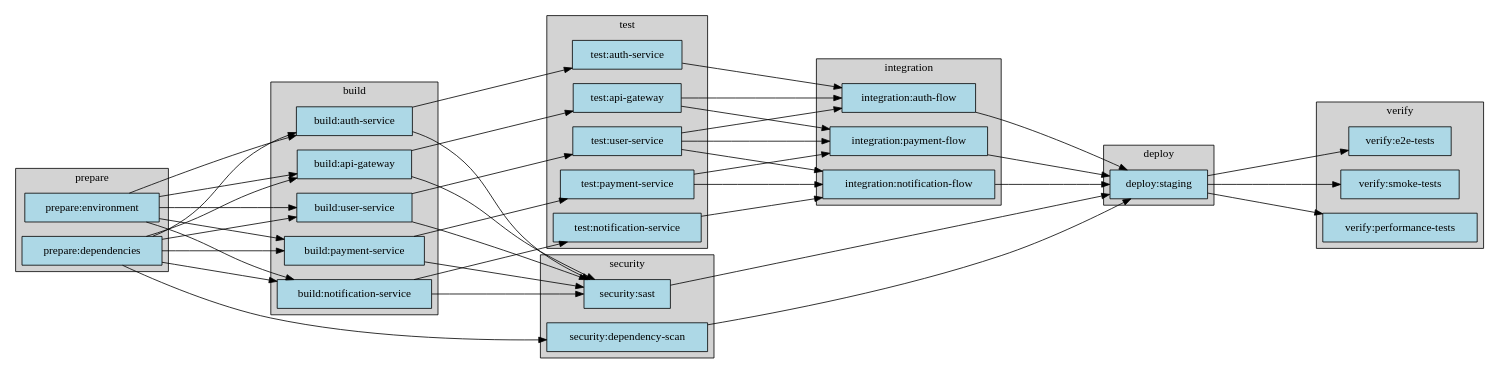
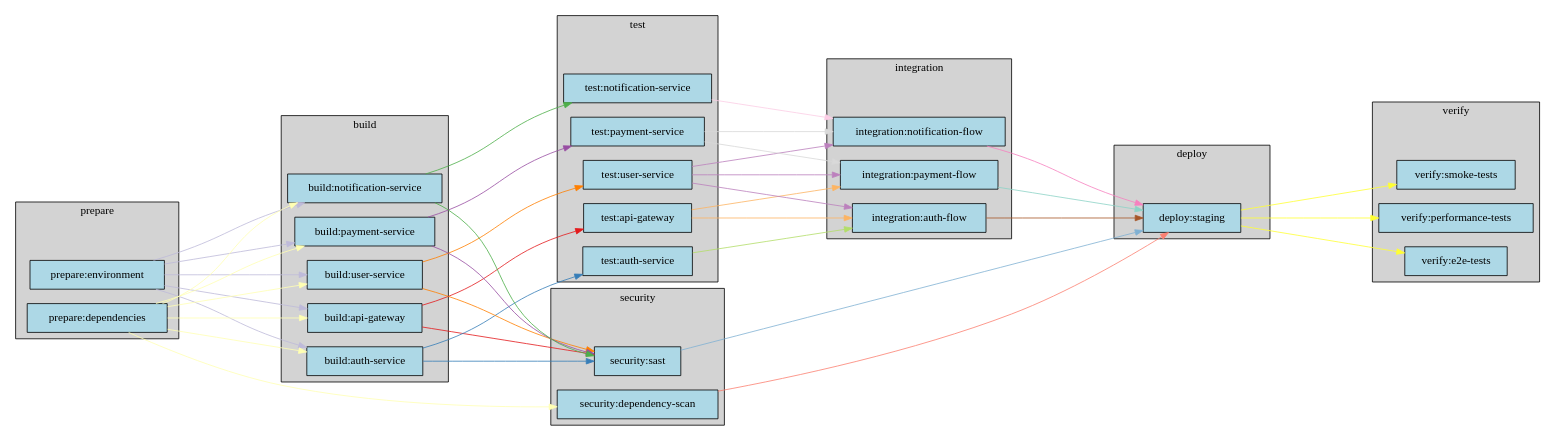
One commit to eisbaw/gitlab_local_ci changed the diagram in test_ci_projects/proj19.output_reference/dag.dot. Above: the diagram before and after it, drawn with Graphviz. The commit also changed 174 other files, not shown here.

```diff
--- a/test_ci_projects/proj19.output_reference/dag.dot
+++ b/test_ci_projects/proj19.output_reference/dag.dot
@@ -1,114 +1,129 @@
 digraph pipeline {
   rankdir="LR";
   ranksep=2;
+  compound=true;
   node [shape=box, style=filled, fillcolor=lightblue];
 
   subgraph cluster_prepare {
     label="prepare";
     style=filled;
     fillcolor=lightgrey;
+
+    __stage_anchor_prepare [style=invis, width=0, height=0];
 
     prepare_environment [label="prepare:environment", tooltip="---\nstage: prepare\nscript:\n- echo \"Setting up build environment\"\n- echo \"Loading configuration from vault\"\n- sleep 1\n"];
     prepare_dependencies [label="prepare:dependencies", tooltip="---\nstage: prepare\nscript:\n- echo \"Downloading and caching dependencies\"\n- echo \"npm install, pip install, etc.\"\n- sleep 1\n"];
   }
 
   subgraph cluster_build {
     label="build";
     style=filled;
     fillcolor=lightgrey;
+
+    __stage_anchor_build [style=invis, width=0, height=0];
 
     build_api_gateway [label="build:api-gateway", tooltip="---\nstage: build\nneeds:\n- prepare:environment\n- prepare:dependencies\nscript:\n- echo \"Building API Gateway service\"\n- echo \"Compiling TypeScript, running webpack\"\n- sleep 2\n"];
     build_auth_service [label="build:auth-service", tooltip="---\nstage: build\nneeds:\n- prepare:environment\n- prepare:dependencies\nscript:\n- echo \"Building Authentication Service\"\n- echo \"Compiling Go binaries\"\n- sleep 2\n"];
     build_user_service [label="build:user-service", tooltip="---\nstage: build\nneeds:\n- prepare:environment\n- prepare:dependencies\nscript:\n- echo \"Building User Service\"\n- echo \"Building Java Spring Boot application\"\n- sleep 2\n"];
     build_payment_service [label="build:payment-service", tooltip="---\nstage: build\nneeds:\n- prepare:environment\n- prepare:dependencies\nscript:\n- echo \"Building Payment Service\"\n- echo \"Compiling Python FastAPI service\"\n- sleep 2\n"];
     build_notification_service [label="build:notification-service", tooltip="---\nstage: build\nneeds:\n- prepare:environment\n- prepare:dependencies\nscript:\n- echo \"Building Notification Service\"\n- echo \"Building Node.js microservice\"\n- sleep 2\n"];
   }
 
   subgraph cluster_test {
     label="test";
     style=filled;
     fillcolor=lightgrey;
 
+    __stage_anchor_test [style=invis, width=0, height=0];
+
     test_api_gateway [label="test:api-gateway", tooltip="---\nstage: test\nneeds:\n- build:api-gateway\nscript:\n- echo \"Running API Gateway unit tests\"\n- echo \"Jest test suite\"\n- sleep 2\n"];
     test_auth_service [label="test:auth-service", tooltip="---\nstage: test\nneeds:\n- build:auth-service\nscript:\n- echo \"Running Auth Service unit tests\"\n- echo \"Go test coverage\"\n- sleep 2\n"];
     test_user_service [label="test:user-service", tooltip="---\nstage: test\nneeds:\n- build:user-service\nscript:\n- echo \"Running User Service unit tests\"\n- echo \"JUnit test suite\"\n- sleep 2\n"];
     test_payment_service [label="test:payment-service", tooltip="---\nstage: test\nneeds:\n- build:payment-service\nscript:\n- echo \"Running Payment Service unit tests\"\n- echo \"pytest with coverage\"\n- sleep 2\n"];
     test_notification_service [label="test:notification-service", tooltip="---\nstage: test\nneeds:\n- build:notification-service\nscript:\n- echo \"Running Notification Service unit tests\"\n- echo \"Mocha test suite\"\n- sleep 2\n"];
   }
 
   subgraph cluster_integration {
     label="integration";
     style=filled;
     fillcolor=lightgrey;
 
+    __stage_anchor_integration [style=invis, width=0, height=0];
+
     integration_auth_flow [label="integration:auth-flow", tooltip="---\nstage: integration\nneeds:\n- test:api-gateway\n- test:auth-service\n- test:user-service\nscript:\n- echo \"Testing authentication flow integration\"\n- echo \"API Gateway -> Auth Service -> User Service\"\n- sleep 3\n"];
     integration_payment_flow [label="integration:payment-flow", tooltip="---\nstage: integration\nneeds:\n- test:api-gateway\n- test:payment-service\n- test:user-service\nscript:\n- echo \"Testing payment flow integration\"\n- echo \"API Gateway -> Payment Service -> User Service\"\n- sleep 3\n"];
     integration_notification_flow [label="integration:notification-flow", tooltip="---\nstage: integration\nneeds:\n- test:notification-service\n- test:user-service\n- test:payment-service\nscript:\n- echo \"Testing notification flow integration\"\n- echo \"Payment Service triggers -> Notification Service\"\n- sleep 3\n"];
   }
 
   subgraph cluster_security {
     label="security";
     style=filled;
     fillcolor=lightgrey;
 
+    __stage_anchor_security [style=invis, width=0, height=0];
+
     security_sast [label="security:sast", tooltip="---\nstage: security\nneeds:\n- build:api-gateway\n- build:auth-service\n- build:user-service\n- build:payment-service\n- build:notification-service\nscript:\n- echo \"Running SAST security analysis\"\n- echo \"Scanning all service codebases for vulnerabilities\"\n- sleep 2\n"];
     security_dependency_scan [label="security:dependency-scan", tooltip="---\nstage: security\nneeds:\n- prepare:dependencies\nscript:\n- echo \"Scanning dependencies for known vulnerabilities\"\n- echo \"Checking npm audit, safety, etc.\"\n- sleep 2\n"];
   }
 
   subgraph cluster_deploy {
     label="deploy";
     style=filled;
     fillcolor=lightgrey;
 
+    __stage_anchor_deploy [style=invis, width=0, height=0];
+
     deploy_staging [label="deploy:staging", tooltip="---\nstage: deploy\nneeds:\n- integration:auth-flow\n- integration:payment-flow\n- integration:notification-flow\n- security:sast\n- security:dependency-scan\nscript:\n- echo \"Deploying all services to staging environment\"\n- echo \"Updating Kubernetes manifests\"\n- echo \"Rolling out with zero downtime\"\n- sleep 3\n"];
   }
 
   subgraph cluster_verify {
     label="verify";
     style=filled;
     fillcolor=lightgrey;
 
+    __stage_anchor_verify [style=invis, width=0, height=0];
+
     verify_e2e_tests [label="verify:e2e-tests", tooltip="---\nstage: verify\nneeds:\n- deploy:staging\nscript:\n- echo \"Running end-to-end tests on staging\"\n- echo \"Simulating real user workflows\"\n- echo \"Testing complete microservices ecosystem\"\n- sleep 3\n"];
     verify_smoke_tests [label="verify:smoke-tests", tooltip="---\nstage: verify\nneeds:\n- deploy:staging\nscript:\n- echo \"Running smoke tests\"\n- echo \"Verifying critical paths are functional\"\n- sleep 2\n"];
     verify_performance_tests [label="verify:performance-tests", tooltip="---\nstage: verify\nneeds:\n- deploy:staging\nscript:\n- echo \"Running performance tests\"\n- echo \"Load testing with k6\"\n- echo \"Measuring response times and throughput\"\n- sleep 3\n"];
   }
 
-  prepare_environment -> build_api_gateway;
-  prepare_dependencies -> build_api_gateway;
-  prepare_environment -> build_auth_service;
-  prepare_dependencies -> build_auth_service;
-  prepare_environment -> build_user_service;
-  prepare_dependencies -> build_user_service;
-  prepare_environment -> build_payment_service;
-  prepare_dependencies -> build_payment_service;
-  prepare_environment -> build_notification_service;
-  prepare_dependencies -> build_notification_service;
-  build_api_gateway -> test_api_gateway;
-  build_auth_service -> test_auth_service;
-  build_user_service -> test_user_service;
-  build_payment_service -> test_payment_service;
-  build_notification_service -> test_notification_service;
-  test_api_gateway -> integration_auth_flow;
-  test_auth_service -> integration_auth_flow;
-  test_user_service -> integration_auth_flow;
-  test_api_gateway -> integration_payment_flow;
-  test_payment_service -> integration_payment_flow;
-  test_user_service -> integration_payment_flow;
-  test_notification_service -> integration_notification_flow;
-  test_user_service -> integration_notification_flow;
-  test_payment_service -> integration_notification_flow;
-  build_api_gateway -> security_sast;
-  build_auth_service -> security_sast;
-  build_user_service -> security_sast;
-  build_payment_service -> security_sast;
-  build_notification_service -> security_sast;
-  prepare_dependencies -> security_dependency_scan;
-  integration_auth_flow -> deploy_staging;
-  integration_payment_flow -> deploy_staging;
-  integration_notification_flow -> deploy_staging;
-  security_sast -> deploy_staging;
-  security_dependency_scan -> deploy_staging;
-  deploy_staging -> verify_e2e_tests;
-  deploy_staging -> verify_smoke_tests;
-  deploy_staging -> verify_performance_tests;
+  prepare_environment -> build_api_gateway [color="#BEBADA"];
+  prepare_dependencies -> build_api_gateway [color="#FFFFB3"];
+  prepare_environment -> build_auth_service [color="#BEBADA"];
+  prepare_dependencies -> build_auth_service [color="#FFFFB3"];
+  prepare_environment -> build_user_service [color="#BEBADA"];
+  prepare_dependencies -> build_user_service [color="#FFFFB3"];
+  prepare_environment -> build_payment_service [color="#BEBADA"];
+  prepare_dependencies -> build_payment_service [color="#FFFFB3"];
+  prepare_environment -> build_notification_service [color="#BEBADA"];
+  prepare_dependencies -> build_notification_service [color="#FFFFB3"];
+  build_api_gateway -> test_api_gateway [color="#E41A1C"];
+  build_auth_service -> test_auth_service [color="#377EB8"];
+  build_user_service -> test_user_service [color="#FF7F00"];
+  build_payment_service -> test_payment_service [color="#984EA3"];
+  build_notification_service -> test_notification_service [color="#4DAF4A"];
+  test_api_gateway -> integration_auth_flow [color="#FDB462"];
+  test_auth_service -> integration_auth_flow [color="#B3DE69"];
+  test_user_service -> integration_auth_flow [color="#BC80BD"];
+  test_api_gateway -> integration_payment_flow [color="#FDB462"];
+  test_payment_service -> integration_payment_flow [color="#D9D9D9"];
+  test_user_service -> integration_payment_flow [color="#BC80BD"];
+  test_notification_service -> integration_notification_flow [color="#FCCDE5"];
+  test_user_service -> integration_notification_flow [color="#BC80BD"];
+  test_payment_service -> integration_notification_flow [color="#D9D9D9"];
+  build_api_gateway -> security_sast [color="#E41A1C"];
+  build_auth_service -> security_sast [color="#377EB8"];
+  build_user_service -> security_sast [color="#FF7F00"];
+  build_payment_service -> security_sast [color="#984EA3"];
+  build_notification_service -> security_sast [color="#4DAF4A"];
+  prepare_dependencies -> security_dependency_scan [color="#FFFFB3"];
+  integration_auth_flow -> deploy_staging [color="#A65628"];
+  integration_payment_flow -> deploy_staging [color="#8DD3C7"];
+  integration_notification_flow -> deploy_staging [color="#F781BF"];
+  security_sast -> deploy_staging [color="#80B1D3"];
+  security_dependency_scan -> deploy_staging [color="#FB8072"];
+  deploy_staging -> verify_e2e_tests [color="#FFFF33"];
+  deploy_staging -> verify_smoke_tests [color="#FFFF33"];
+  deploy_staging -> verify_performance_tests [color="#FFFF33"];
 }
```
